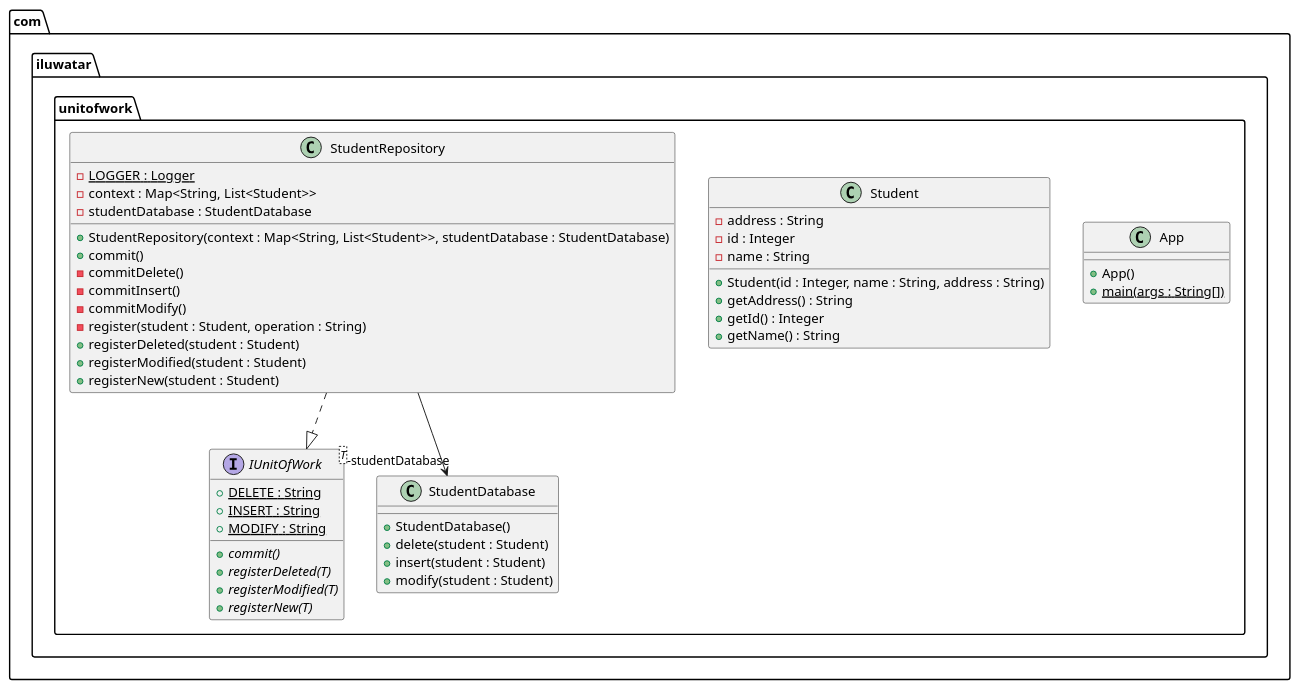
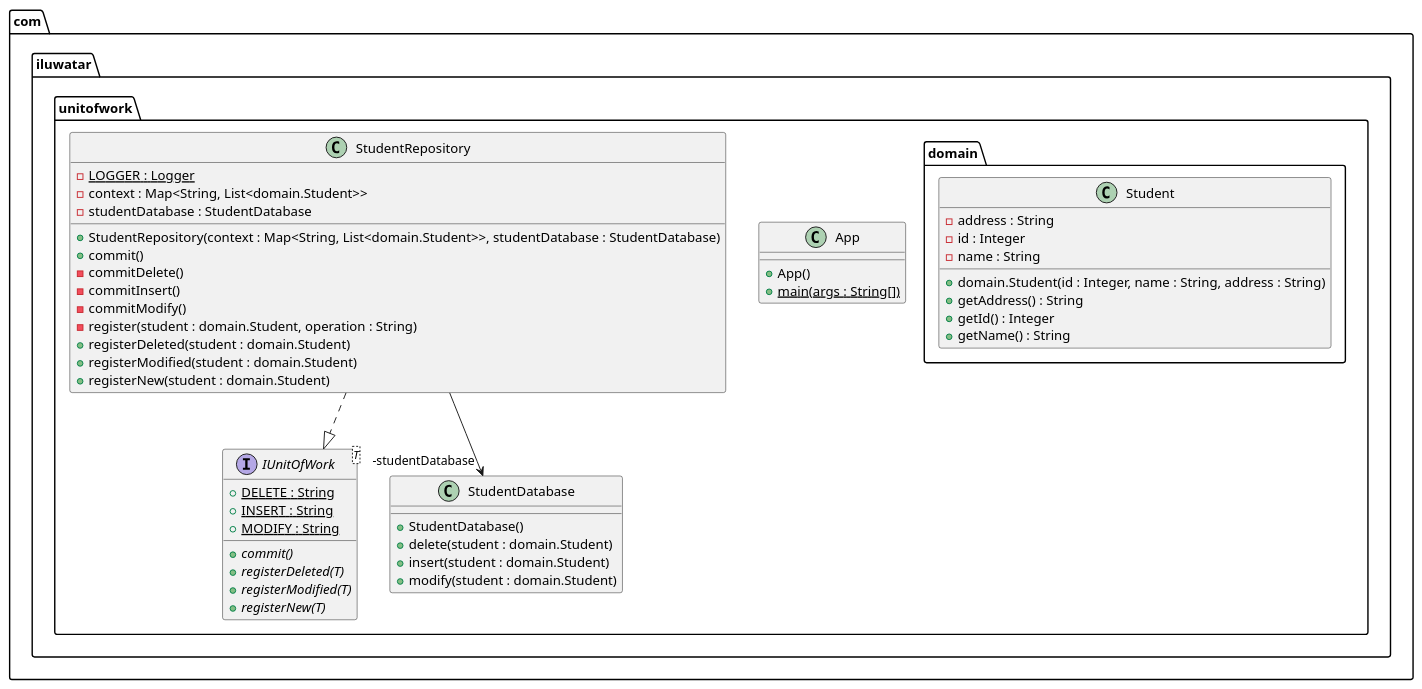
Before and after one commit to iluwatar/java-design-patterns: the diagram in unit-of-work/etc/unit-of-work.urm.puml, drawn with PlantUML. The commit also changed 18 other files, not shown here.

```diff
--- a/unit-of-work/etc/unit-of-work.urm.puml
+++ b/unit-of-work/etc/unit-of-work.urm.puml
@@ -1,48 +1,48 @@
 @startuml
 package com.iluwatar.unitofwork {
   class App {
     + App()
     + main(args : String[]) {static}
   }
   interface IUnitOfWork<T> {
     + DELETE : String {static}
     + INSERT : String {static}
     + MODIFY : String {static}
     + commit() {abstract}
     + registerDeleted(T) {abstract}
     + registerModified(T) {abstract}
     + registerNew(T) {abstract}
   }
-  class Student {
+  class domain.Student {
     - address : String
     - id : Integer
     - name : String
-    + Student(id : Integer, name : String, address : String)
+    + domain.Student(id : Integer, name : String, address : String)
     + getAddress() : String
     + getId() : Integer
     + getName() : String
   }
   class StudentDatabase {
     + StudentDatabase()
-    + delete(student : Student)
-    + insert(student : Student)
-    + modify(student : Student)
+    + delete(student : domain.Student)
+    + insert(student : domain.Student)
+    + modify(student : domain.Student)
   }
   class StudentRepository {
     - LOGGER : Logger {static}
-    - context : Map<String, List<Student>>
+    - context : Map<String, List<domain.Student>>
     - studentDatabase : StudentDatabase
-    + StudentRepository(context : Map<String, List<Student>>, studentDatabase : StudentDatabase)
+    + StudentRepository(context : Map<String, List<domain.Student>>, studentDatabase : StudentDatabase)
     + commit()
     - commitDelete()
     - commitInsert()
     - commitModify()
-    - register(student : Student, operation : String)
-    + registerDeleted(student : Student)
-    + registerModified(student : Student)
-    + registerNew(student : Student)
+    - register(student : domain.Student, operation : String)
+    + registerDeleted(student : domain.Student)
+    + registerModified(student : domain.Student)
+    + registerNew(student : domain.Student)
   }
 }
 StudentRepository -->  "-studentDatabase" StudentDatabase
 StudentRepository ..|> IUnitOfWork 
 @enduml
```
